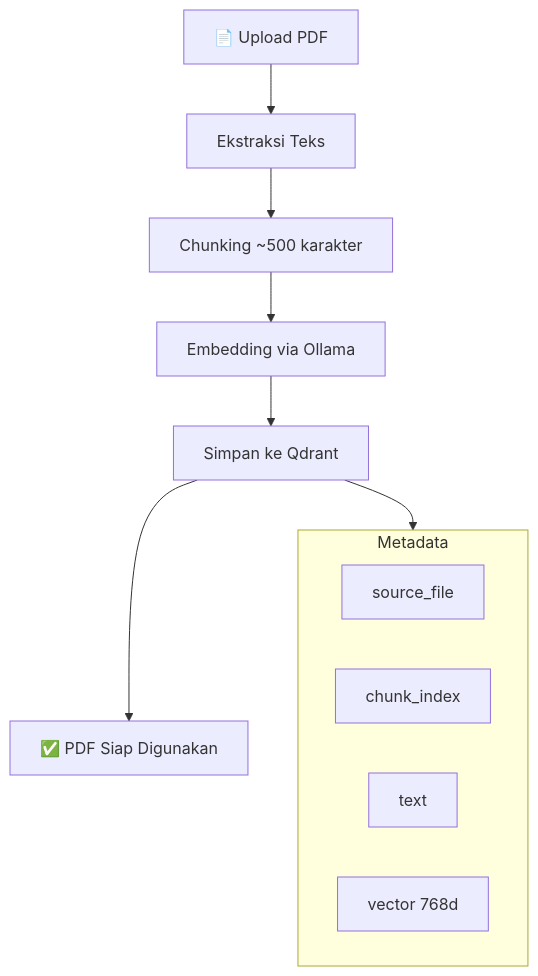
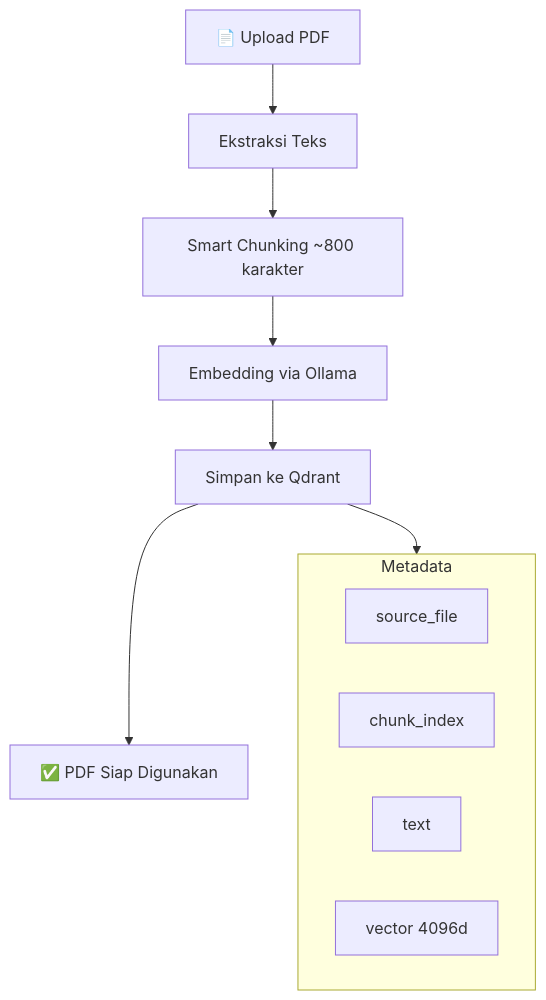
The third of 7 diagrams in docs/FLOWCHART.md (XerNero/CHAT-BOT), drawn with Mermaid before and after one commit. The commit also changed other lines of this file and 16 other files, not shown here.

First line of the commit message:
Update: Format jawaban Markdown, smart chunking, setup wizard, flowchart images

````diff
--- a/docs/FLOWCHART.md
+++ b/docs/FLOWCHART.md
@@ -66,17 +66,17 @@
 ```mermaid
 flowchart TD
     A[📄 Upload PDF] --> B[Ekstraksi Teks]
-    B --> C[Chunking ~500 karakter]
+    B --> C[Smart Chunking ~800 karakter]
     C --> D[Embedding via Ollama]
     D --> E[Simpan ke Qdrant]
     E --> F[✅ PDF Siap Digunakan]
     
     subgraph Metadata
         M1[source_file]
         M2[chunk_index]
         M3[text]
-        M4[vector 768d]
+        M4[vector 4096d]
     end
     
     E --> Metadata
 ```
````
